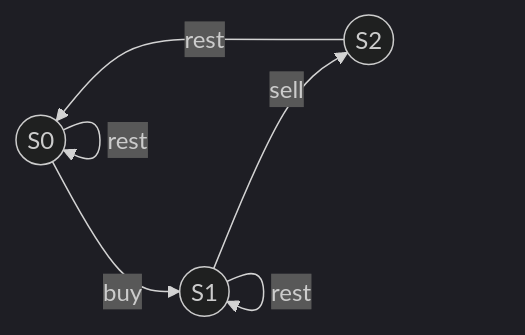
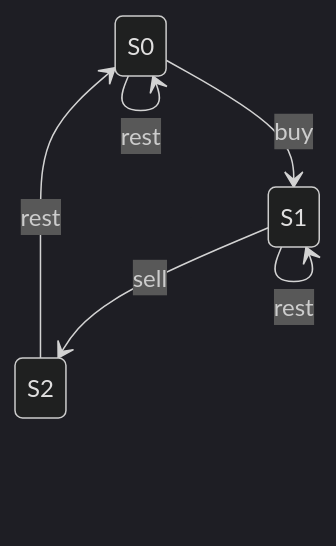
The second of 3 diagrams in _posts/2020-10-06-state-machine.markdown (qinghaoh/qinghaoh.github.io), drawn with Mermaid (dark theme) before and after one commit. The commit also changed other lines of this file and 3 other files, not shown here.

````diff
--- a/_posts/2020-10-06-state-machine.markdown
+++ b/_posts/2020-10-06-state-machine.markdown
@@ -78,8 +78,8 @@
 ```mermaid
-graph LR
-    s0((S0)) -- buy --> s1((S1))
-    s1 -- sell --> s2((S2))
-    s0 -- rest --> s0
-    s1 -- rest --> s1
-    s2 -- rest --> s0
+stateDiagram-v2
+    S0 --> S1: buy
+    S1 --> S2: sell
+    S0 --> S0: rest
+    S1 --> S1: rest
+    S2 --> S0: rest
 ```
````
